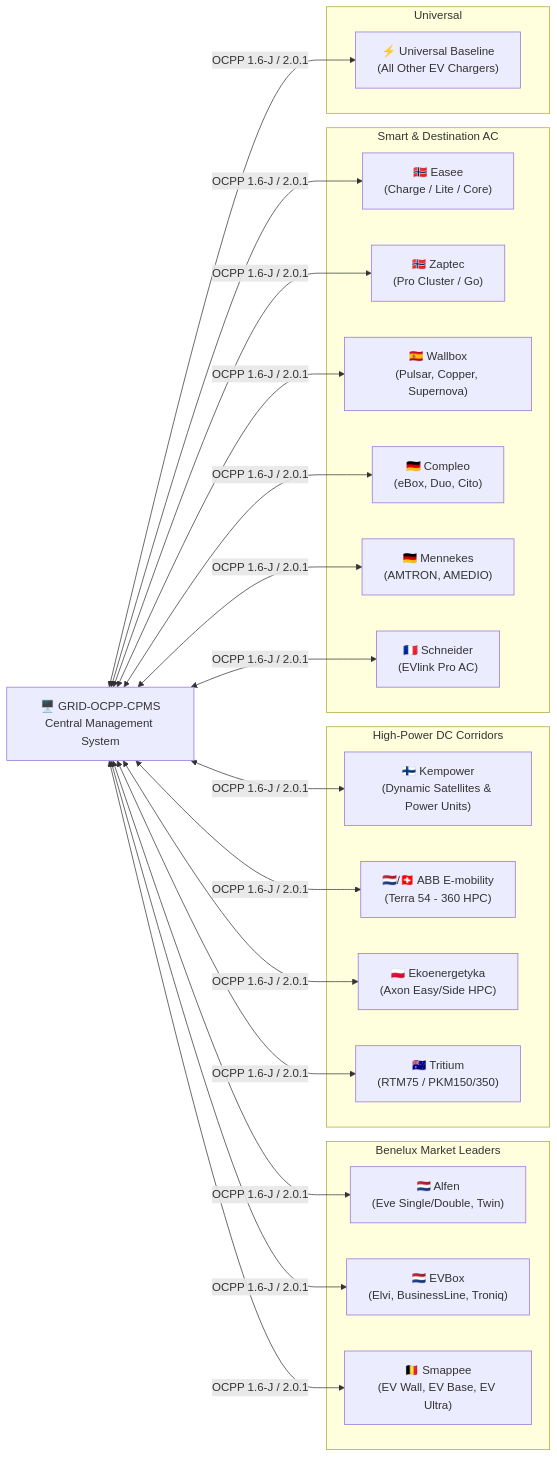
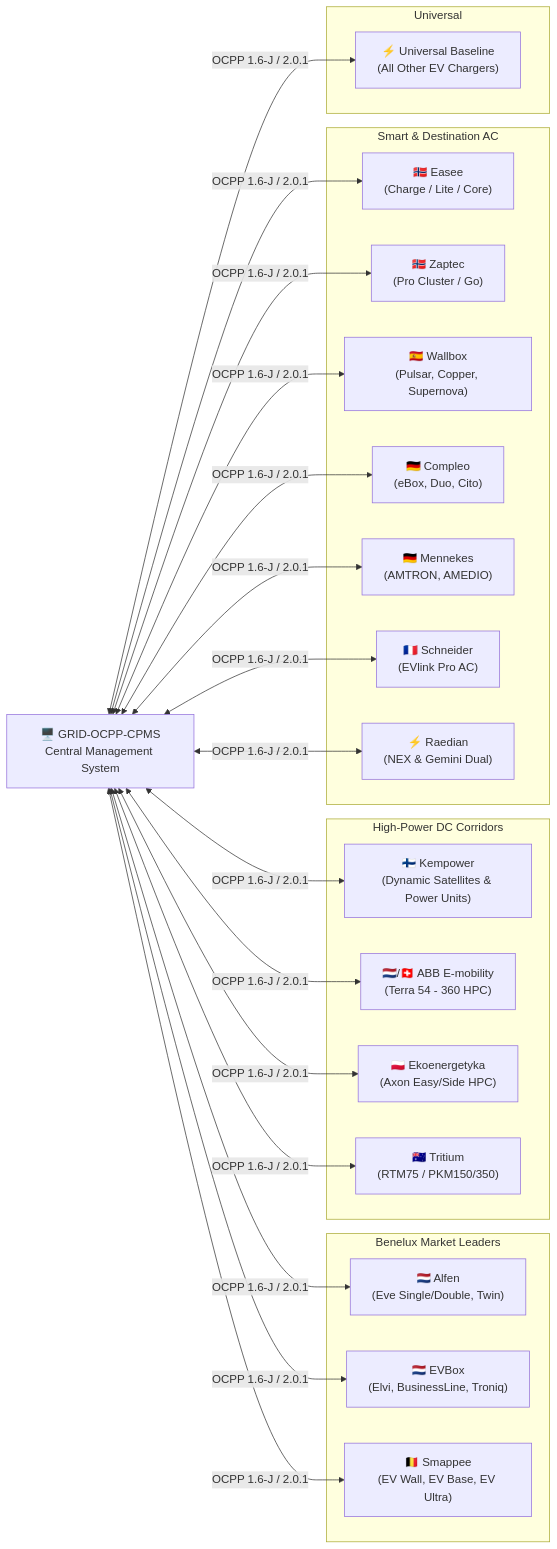
Before and after one commit to webdotpulse/GRID-OCPP-CPMS: the diagram in Manual/benelux_chargers_ocpp_guide.md, drawn with Mermaid. The commit also changed other lines of this file and 3 other files, not shown here.

Commit message:
feat: add support for Raedian NEX and Gemini charger configuration profiles with documentation and tests

````diff
--- a/Manual/benelux_chargers_ocpp_guide.md
+++ b/Manual/benelux_chargers_ocpp_guide.md
@@ -19,44 +19,46 @@
 ```mermaid
 flowchart LR
     subgraph Benelux Market Leaders
         ALF["🇳🇱 Alfen\n(Eve Single/Double, Twin)"]
         EVB["🇳🇱 EVBox\n(Elvi, BusinessLine, Troniq)"]
         SMA["🇧🇪 Smappee\n(EV Wall, EV Base, EV Ultra)"]
     end
 
     subgraph High-Power DC Corridors
         KEM["🇫🇮 Kempower\n(Dynamic Satellites & Power Units)"]
         ABB_DC["🇳🇱/🇨🇭 ABB E-mobility\n(Terra 54 - 360 HPC)"]
         EKO["🇵🇱 Ekoenergetyka\n(Axon Easy/Side HPC)"]
         TRI["🇦🇺 Tritium\n(RTM75 / PKM150/350)"]
     end
 
     subgraph Smart & Destination AC
         EAS["🇳🇴 Easee\n(Charge / Lite / Core)"]
         ZAP["🇳🇴 Zaptec\n(Pro Cluster / Go)"]
         WBX["🇪🇸 Wallbox\n(Pulsar, Copper, Supernova)"]
         COM["🇩🇪 Compleo\n(eBox, Duo, Cito)"]
         MEN["🇩🇪 Mennekes\n(AMTRON, AMEDIO)"]
         SCH["🇫🇷 Schneider\n(EVlink Pro AC)"]
+        RAE["⚡ Raedian\n(NEX & Gemini Dual)"]
     end
 
     subgraph Universal
         UNI["⚡ Universal Baseline\n(All Other EV Chargers)"]
     end
 
     CPMS["🖥️ GRID-OCPP-CPMS\nCentral Management System"]
     CPMS <-->|OCPP 1.6-J / 2.0.1| ALF
     CPMS <-->|OCPP 1.6-J / 2.0.1| EVB
     CPMS <-->|OCPP 1.6-J / 2.0.1| SMA
     CPMS <-->|OCPP 1.6-J / 2.0.1| KEM
     CPMS <-->|OCPP 1.6-J / 2.0.1| ABB_DC
     CPMS <-->|OCPP 1.6-J / 2.0.1| EKO
     CPMS <-->|OCPP 1.6-J / 2.0.1| TRI
     CPMS <-->|OCPP 1.6-J / 2.0.1| EAS
     CPMS <-->|OCPP 1.6-J / 2.0.1| ZAP
     CPMS <-->|OCPP 1.6-J / 2.0.1| WBX
     CPMS <-->|OCPP 1.6-J / 2.0.1| COM
     CPMS <-->|OCPP 1.6-J / 2.0.1| MEN
     CPMS <-->|OCPP 1.6-J / 2.0.1| SCH
+    CPMS <-->|OCPP 1.6-J / 2.0.1| RAE
     CPMS <-->|OCPP 1.6-J / 2.0.1| UNI
 ```
````
